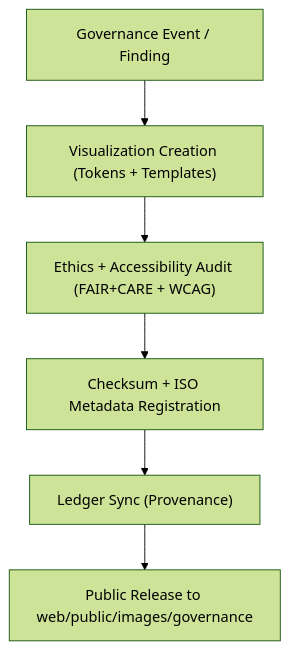
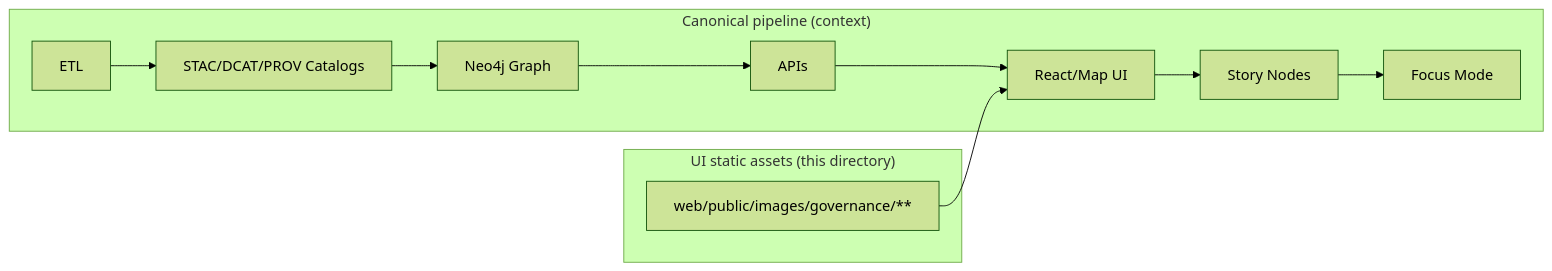
One commit to bartytime4life/Kansas-Frontier-Matrix changed the first of 2 diagrams in web/public/images/governance/README.md. Above: the diagram before and after it, drawn with Mermaid (forest theme). The commit also changed other lines of this file, not shown here.

````diff
--- a/web/public/images/governance/README.md
+++ b/web/public/images/governance/README.md
@@ -57,8 +154,15 @@
-```mermaid
-flowchart TD
-A["Governance Event / Finding"] --> B["Visualization Creation (Tokens + Templates)"]
-B --> C["Ethics + Accessibility Audit (FAIR+CARE + WCAG)"]
-C --> D["Checksum + ISO Metadata Registration"]
-D --> E["Ledger Sync (Provenance)"]
-E --> F["Public Release to web/public/images/governance"]
-```
+~~~mermaid
+flowchart LR
+  subgraph CanonicalPipeline["Canonical pipeline (context)"]
+    A[ETL] --> B[STAC/DCAT/PROV Catalogs]
+    B --> C[Neo4j Graph]
+    C --> D[APIs]
+    D --> E[React/Map UI]
+    E --> F[Story Nodes]
+    F --> G[Focus Mode]
+  end
+
+  subgraph StaticAssets["UI static assets (this directory)"]
+    H["web/public/images/governance/**"] --> E
+  end
+~~~
````
